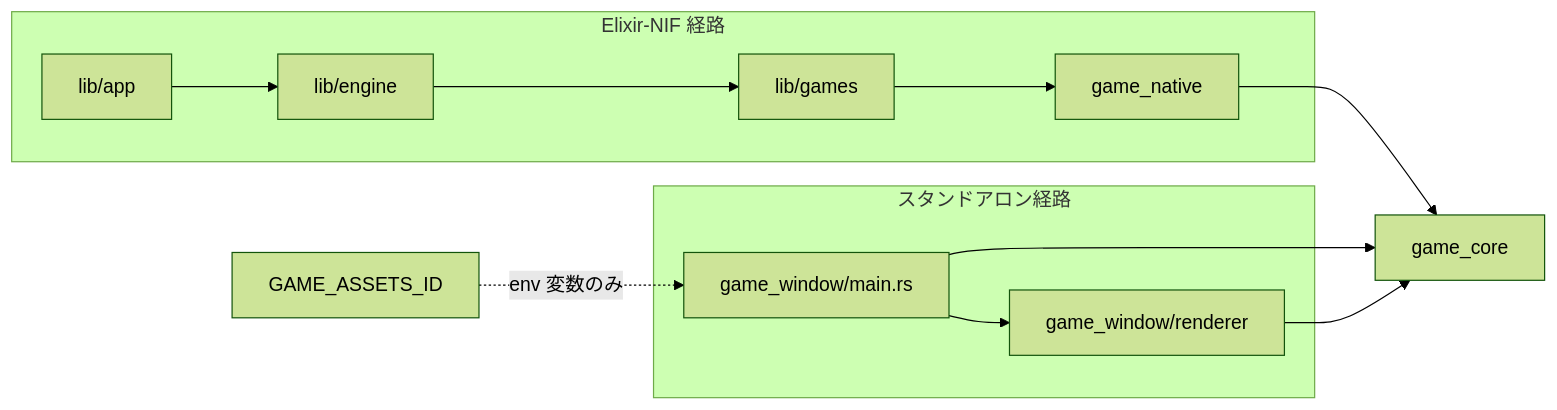
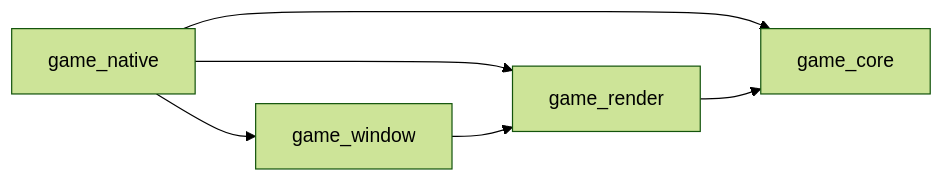
Before and after one commit to FRICK-ELDY/elixir_rust: the second of 3 diagrams in docs/06_system_design/FOLDER_CONNECTIONS.md, drawn with Mermaid (forest theme). The commit also changed other lines of this file and 3 other files, not shown here.

Commit message:
docs: 1.8.6実施記録を追加しARCHITECTURE/FOLDER_CONNECTIONSを更新

````diff
--- a/docs/06_system_design/FOLDER_CONNECTIONS.md
+++ b/docs/06_system_design/FOLDER_CONNECTIONS.md
@@ -236,26 +68,13 @@
 ```mermaid
 flowchart LR
-    subgraph ElixirPath [Elixir-NIF 経路]
-        E1[lib/app]
-        E2[lib/engine]
-        E3[lib/games]
-        E4[game_native]
-    end
-
-    subgraph StandalonePath [スタンドアロン経路]
-        S1[game_window/main.rs]
-        S2[game_window/renderer]
-    end
-
+    GN[game_native]
+    GW[game_window]
+    GR[game_render]
     GC[game_core]
 
-    E1 --> E2 --> E3
-    E3 --> E4
-    E4 --> GC
-
-    S1 --> S2
-    S1 --> GC
-    S2 --> GC
-
-    Env[GAME_ASSETS_ID] -.->|env 変数のみ| S1
+    GN --> GW
+    GN --> GR
+    GN --> GC
+    GW --> GR
+    GR --> GC
 ```
````
